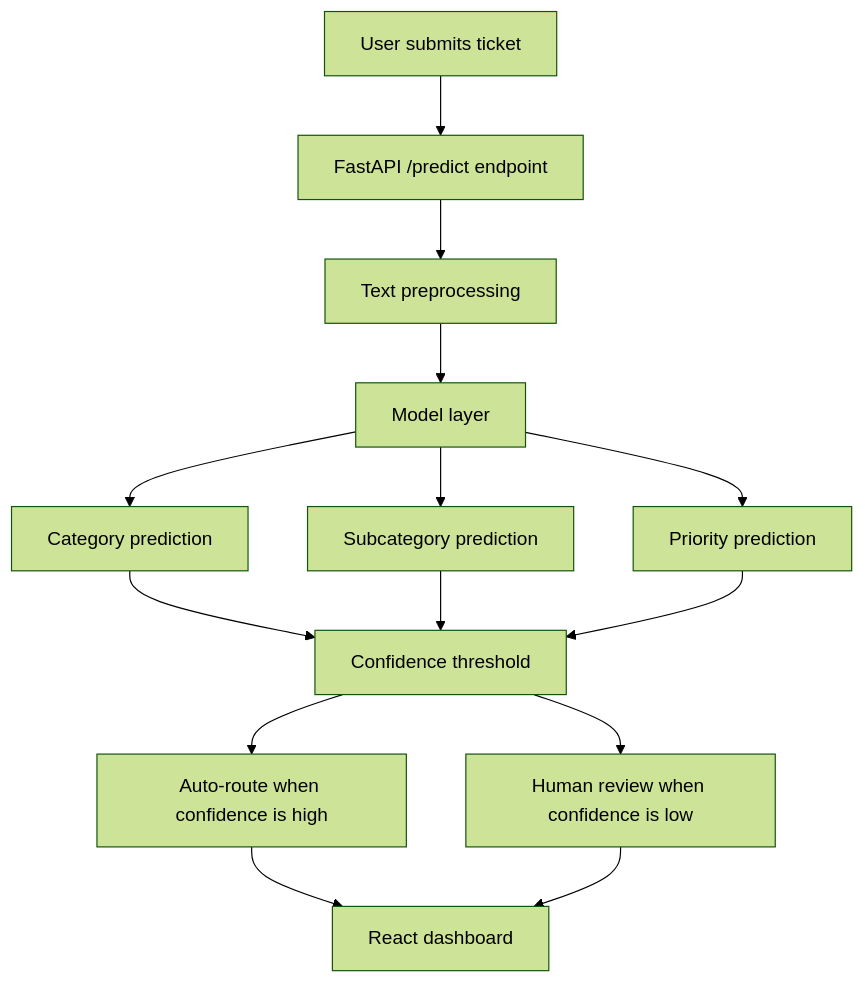
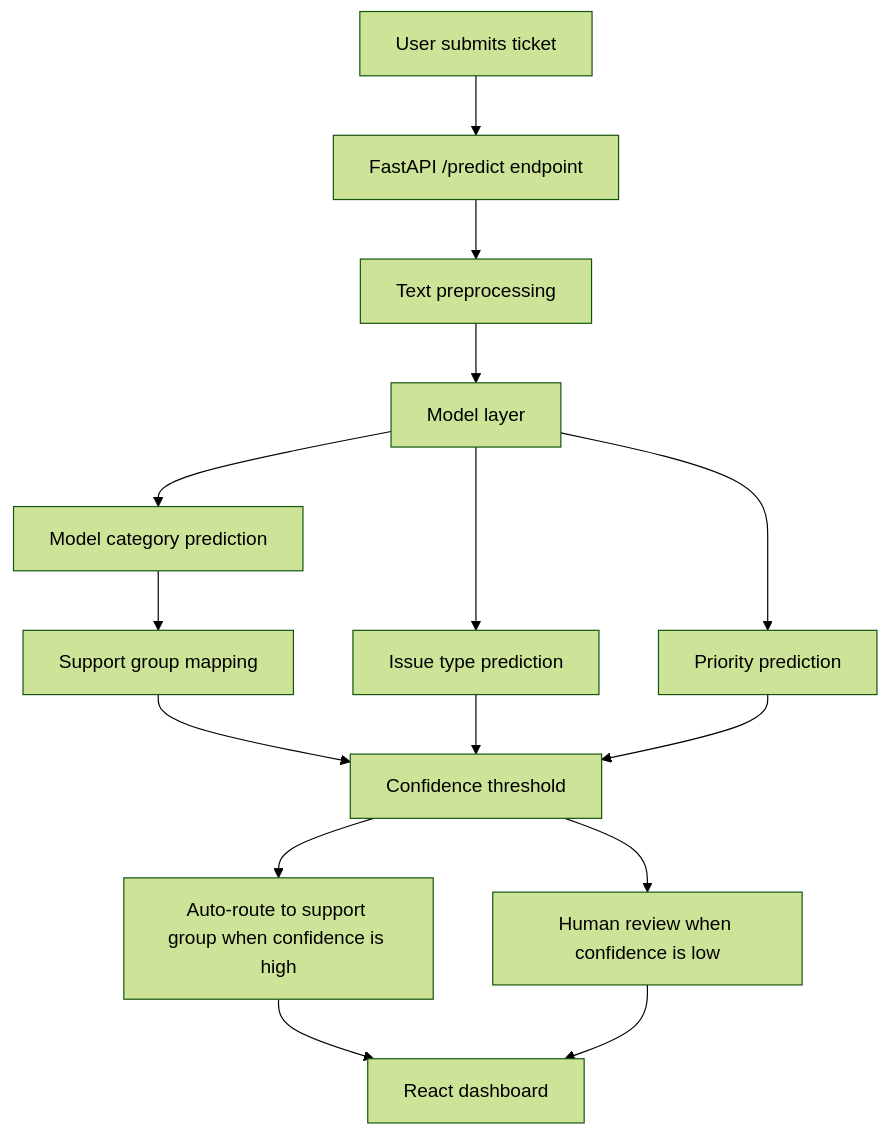
One commit to Shreyakb301/IT-Ticket-Automation-System changed the diagram in docs/portfolio_case_study.md. Above: the diagram before and after it, drawn with Mermaid (forest theme). The commit also changed other lines of this file and 17 other files, not shown here.

````diff
--- a/docs/portfolio_case_study.md
+++ b/docs/portfolio_case_study.md
@@ -52,16 +52,17 @@
 ```mermaid
 flowchart TD
   A["User submits ticket"] --> B["FastAPI /predict endpoint"]
   B --> C["Text preprocessing"]
   C --> D["Model layer"]
-  D --> E["Category prediction"]
-  D --> F["Subcategory prediction"]
+  D --> E["Model category prediction"]
+  E --> L["Support group mapping"]
+  D --> F["Issue type prediction"]
   D --> G["Priority prediction"]
-  E --> H["Confidence threshold"]
+  L --> H["Confidence threshold"]
   F --> H
   G --> H
-  H --> I["Auto-route when confidence is high"]
+  H --> I["Auto-route to support group when confidence is high"]
   H --> J["Human review when confidence is low"]
   I --> K["React dashboard"]
   J --> K
 ```
````
